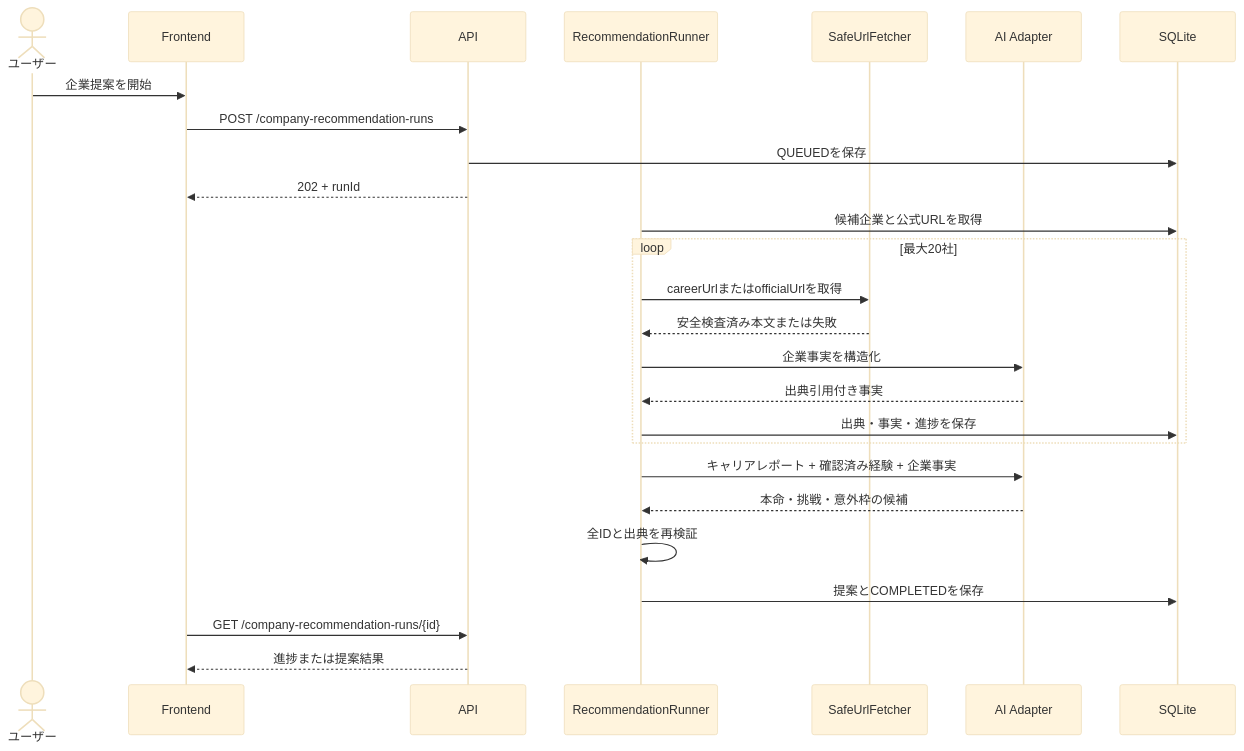
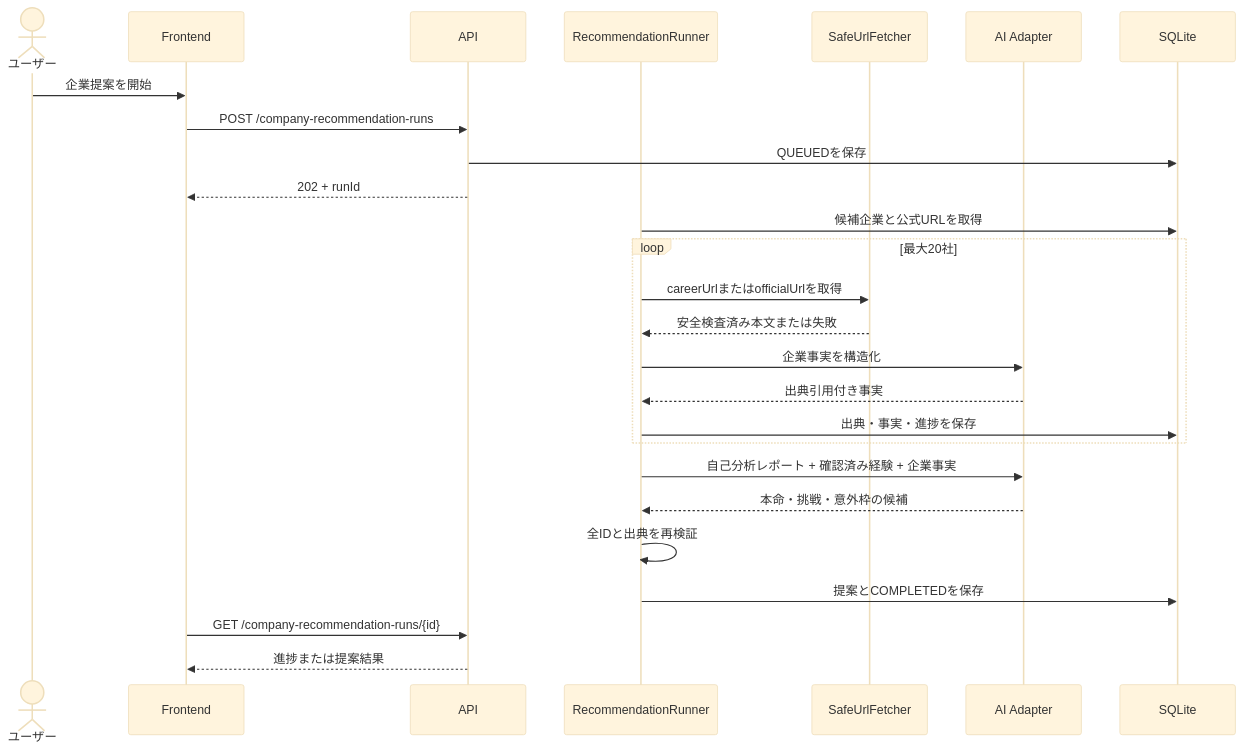
The fifth of 5 diagrams in docs/architecture.md (HACK-STAGE-STAGE2-teamG-YOZORA/Polaris), drawn with Mermaid (base theme) before and after one commit. The commit also changed other lines of this file and 22 other files, not shown here.

Commit message:
要件定義と設計Schema

````diff
--- a/docs/architecture.md
+++ b/docs/architecture.md
@@ -177,29 +214,29 @@
 ```mermaid
 sequenceDiagram
     actor User as ユーザー
     participant UI as Frontend
     participant API as API
     participant Run as RecommendationRunner
     participant Fetch as SafeUrlFetcher
     participant AI as AI Adapter
     participant DB as SQLite
 
     User->>UI: 企業提案を開始
     UI->>API: POST /company-recommendation-runs
     API->>DB: QUEUEDを保存
     API-->>UI: 202 + runId
     Run->>DB: 候補企業と公式URLを取得
     loop 最大20社
         Run->>Fetch: careerUrlまたはofficialUrlを取得
         Fetch-->>Run: 安全検査済み本文または失敗
         Run->>AI: 企業事実を構造化
         AI-->>Run: 出典引用付き事実
         Run->>DB: 出典・事実・進捗を保存
     end
-    Run->>AI: キャリアレポート + 確認済み経験 + 企業事実
+    Run->>AI: 自己分析レポート + 確認済み経験 + 企業事実
     AI-->>Run: 本命・挑戦・意外枠の候補
     Run->>Run: 全IDと出典を再検証
     Run->>DB: 提案とCOMPLETEDを保存
     UI->>API: GET /company-recommendation-runs/{id}
     API-->>UI: 進捗または提案結果
 ```
````
